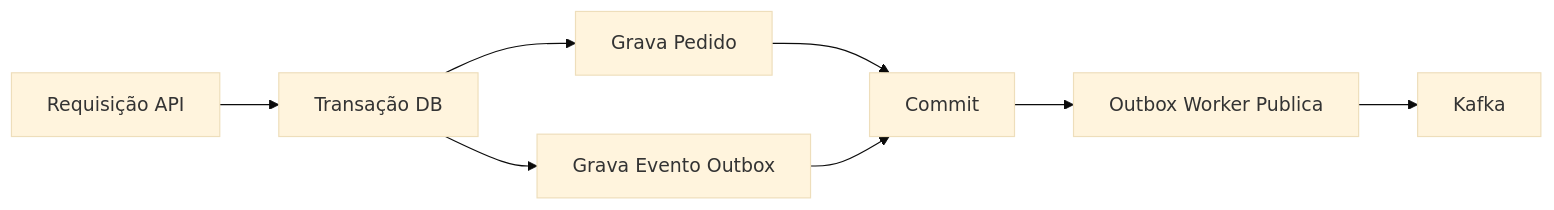
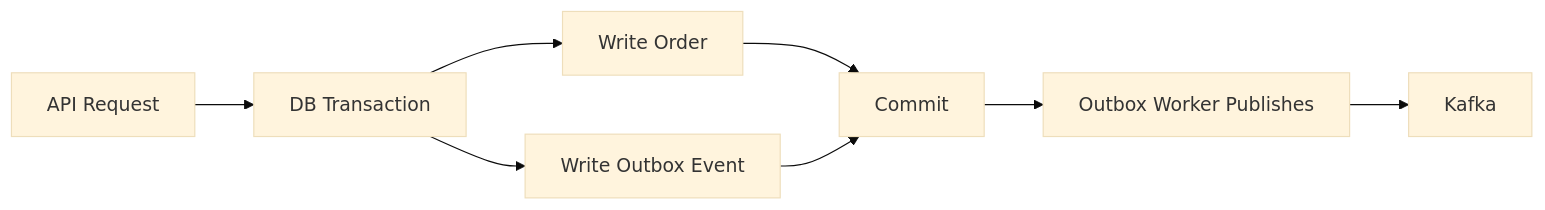
The first of 2 diagrams in event-driven-order-processing-system-main/fullstack-system-design-playbook/docs/reliability-patterns.md (Thiago771414/event-driven-order-processing-system), drawn with Mermaid (base theme) before and after one commit. The commit also changed other lines of this file and 19 other files, not shown here.

````diff
--- a/event-driven-order-processing-system-main/fullstack-system-design-playbook/docs/reliability-patterns.md
+++ b/event-driven-order-processing-system-main/fullstack-system-design-playbook/docs/reliability-patterns.md
@@ -11,10 +11,10 @@
 ```mermaid
 flowchart LR
-  A[Requisição API] --> B[Transação DB]
-  B --> C[Grava Pedido]
-  B --> D[Grava Evento Outbox]
+  A[API Request] --> B[DB Transaction]
+  B --> C[Write Order]
+  B --> D[Write Outbox Event]
   C --> E[Commit]
   D --> E
-  E --> F[Outbox Worker Publica]
+  E --> F[Outbox Worker Publishes]
   F --> G[Kafka]
 ```
````
